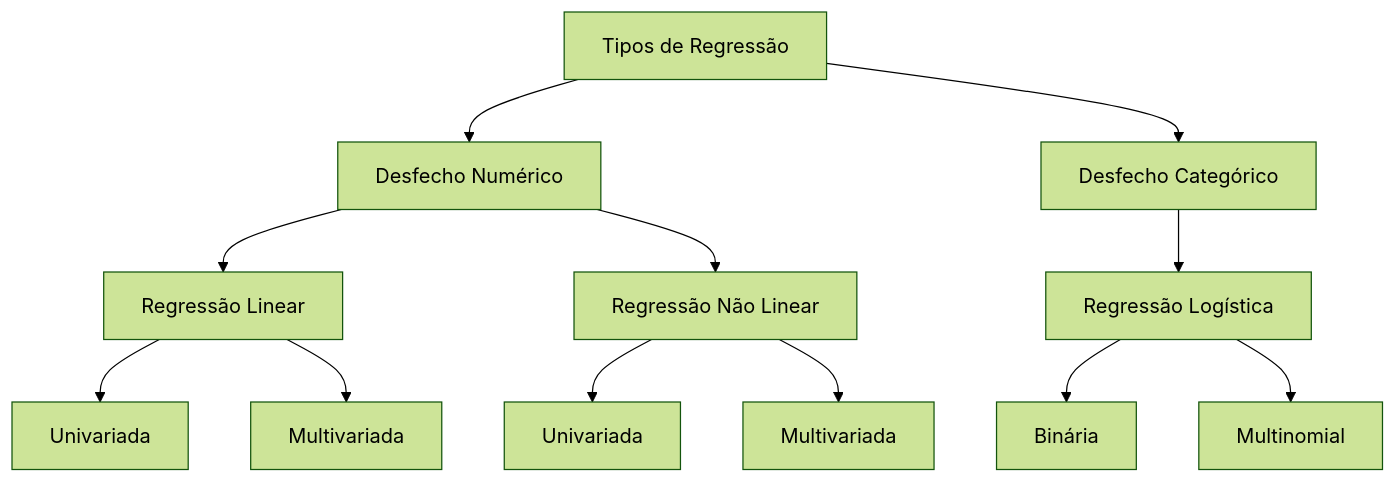
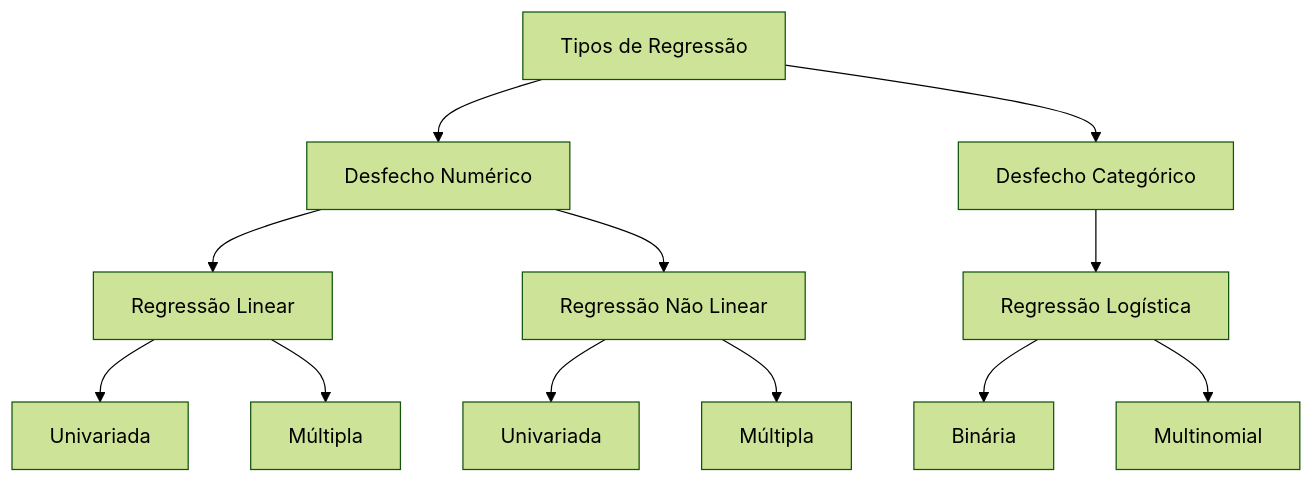
Before and after one commit to henriquealvarenga/manual_r: the diagram in 13.6-Linear-Regression.qmd, drawn with Mermaid (forest theme). The commit also changed other lines of this file and 11 other files, not shown here.

````diff
--- a/13.6-Linear-Regression.qmd
+++ b/13.6-Linear-Regression.qmd
@@ -39,15 +39,15 @@
 ```{mermaid}
 graph TD
     A[Tipos de Regressão] --> B[Desfecho Numérico]
     A --> C[Desfecho Categórico]
     B --> D[Regressão Linear]
     B --> E[Regressão Não Linear]
     D --> F[Univariada]
-    D --> G[Multivariada]
+    D --> G[Múltipla]
     E --> H[Univariada]
-    E --> I[Multivariada]
+    E --> I[Múltipla]
     C --> J[Regressão Logística]
     J --> K[Binária]
     J --> L[Multinomial]
 
 ```
````
